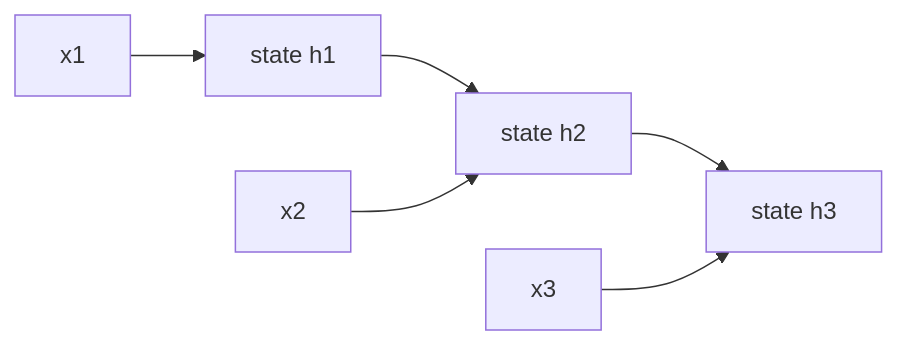
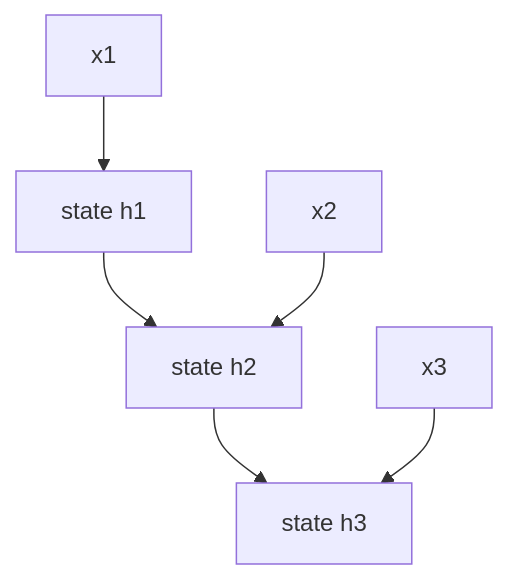
Before and after one commit to devchan64/AiBook: the diagram in docs/parts/part-04/chapter-12/section-01.md, drawn with Mermaid. The commit also changed 35 other files, not shown here.

Commit message:
docs(part-04,part-05): strengthen cases and diagrams

````diff
--- a/docs/parts/part-04/chapter-12/section-01.md
+++ b/docs/parts/part-04/chapter-12/section-01.md
@@ -89,8 +89,15 @@
 ```mermaid
-flowchart LR
-  A["x1"] --> B["state h1"]
-  B --> C["state h2"]
-  D["x2"] --> C
-  C --> E["state h3"]
-  F["x3"] --> E
+flowchart TD
+  A["x1"]
+  B["state h1"]
+  C["x2"]
+  D["state h2"]
+  E["x3"]
+  F["state h3"]
+
+  A --> B
+  B --> D
+  C --> D
+  D --> F
+  E --> F
 ```
````
